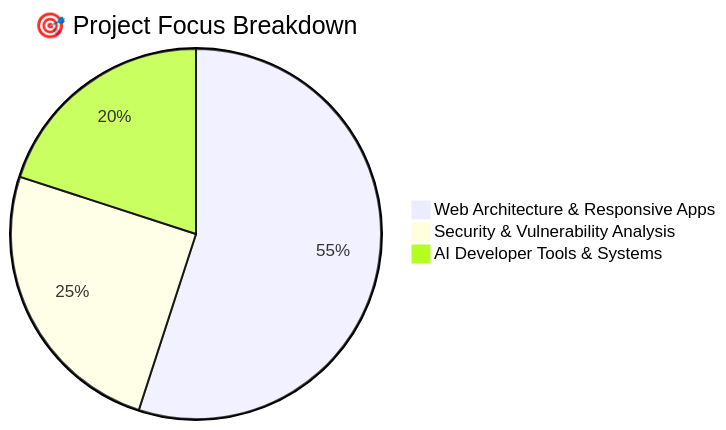
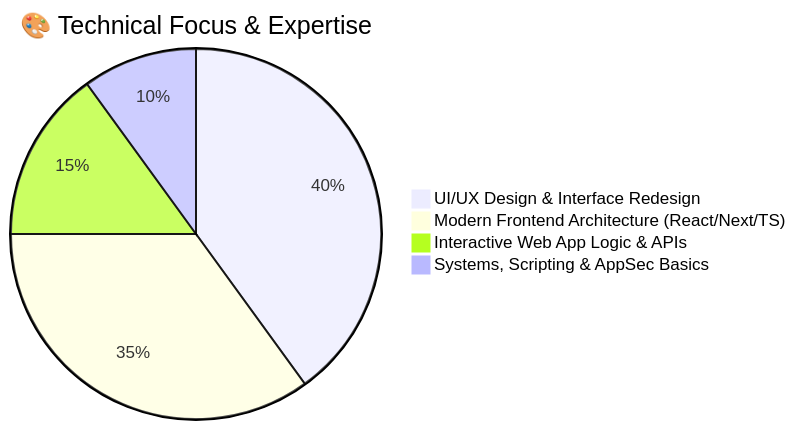
Before and after one commit to praveeen2025/praveeen2025: the first of 2 diagrams in README.md, drawn with Mermaid. The commit also changed other lines of this file, not shown here.

````diff
--- a/README.md
+++ b/README.md
@@ -126,6 +195,7 @@
 ```mermaid
-pie title 🎯 Project Focus Breakdown
-    "Web Architecture & Responsive Apps"     : 55
-    "Security & Vulnerability Analysis"       : 25
-    "AI Developer Tools & Systems"           : 20
+pie title 🎨 Technical Focus & Expertise
+    "UI/UX Design & Interface Redesign" : 40
+    "Modern Frontend Architecture (React/Next/TS)" : 35
+    "Interactive Web App Logic & APIs" : 15
+    "Systems, Scripting & AppSec Basics" : 10
 ```
````
